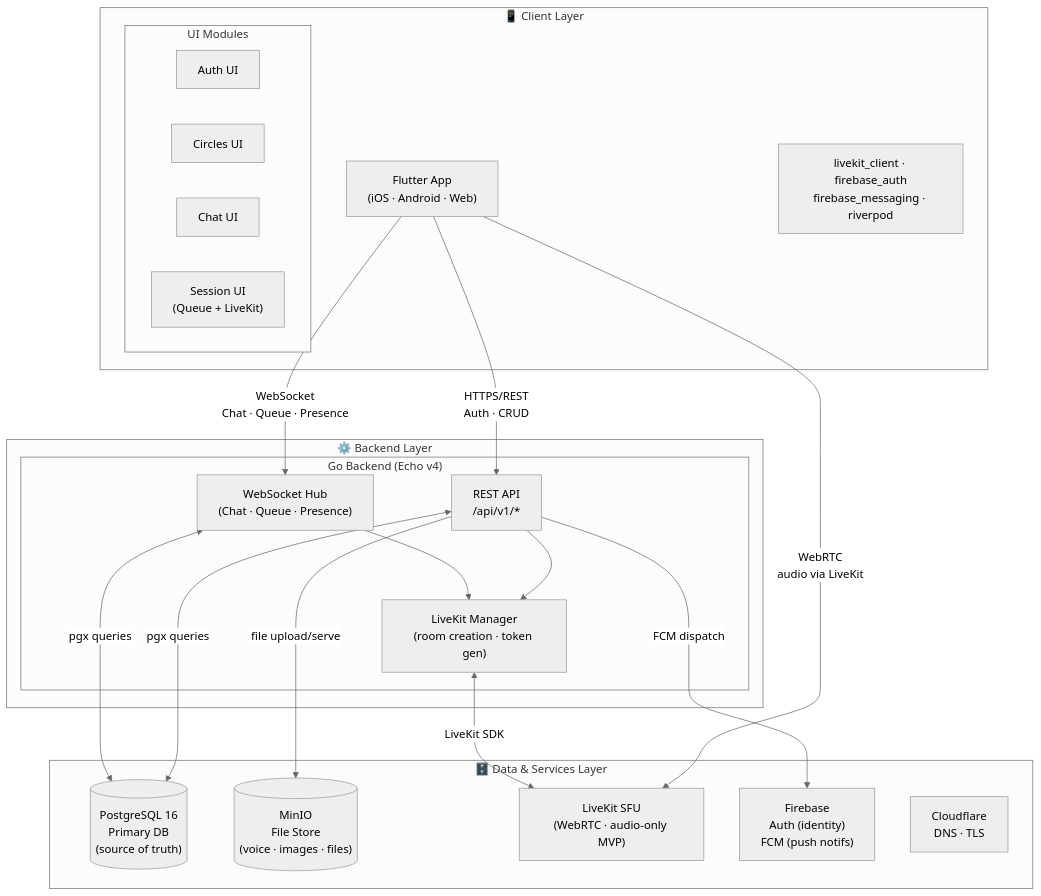
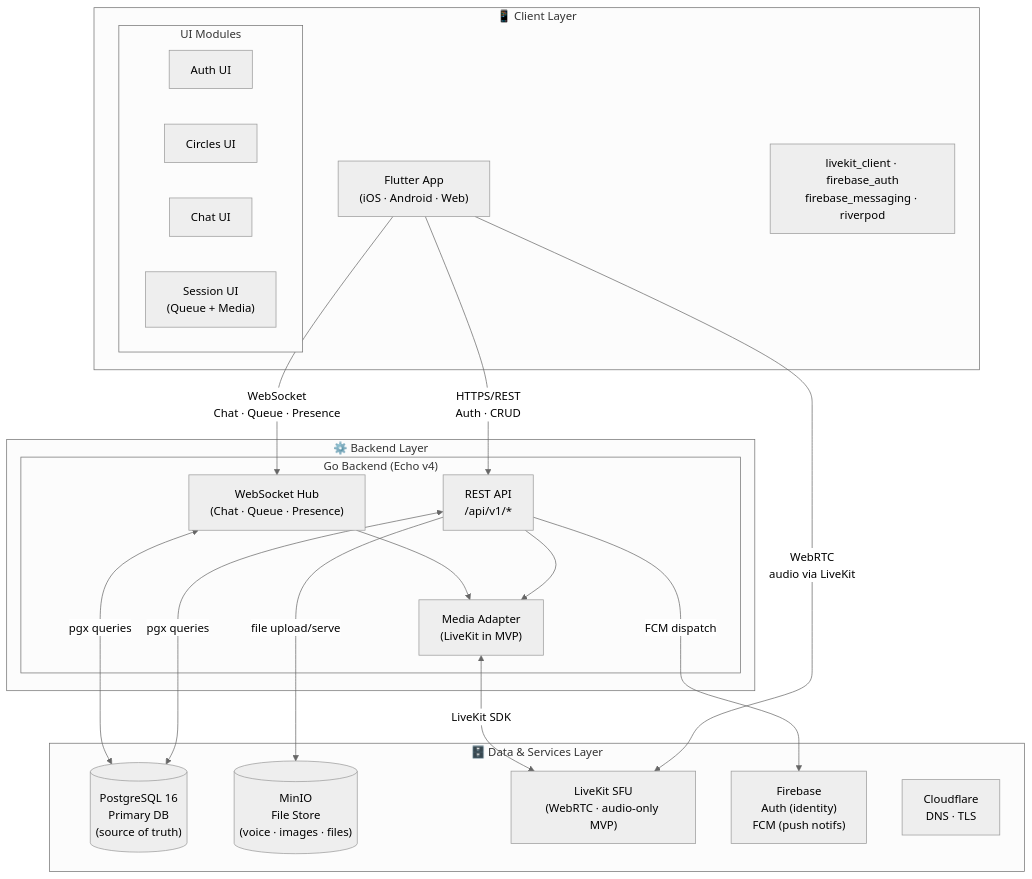
Before and after one commit to KarimMFadel/halaqaty: the first of 10 diagrams in docs/engineering/architecture/ARCHITECTURE.md, drawn with Mermaid (neutral theme). The commit also changed other lines of this file and 17 other files, not shown here.

First line of the commit message:
avoid to depend upon LiveKit tool

````diff
--- a/docs/engineering/architecture/ARCHITECTURE.md
+++ b/docs/engineering/architecture/ARCHITECTURE.md
@@ -24,41 +24,41 @@
 ```mermaid
 graph TD
     subgraph CLIENT["📱 Client Layer"]
         Flutter["Flutter App\n(iOS · Android · Web)"]
         subgraph UI["UI Modules"]
             AuthUI["Auth UI"]
             CirclesUI["Circles UI"]
             ChatUI["Chat UI"]
-            SessionUI["Session UI\n(Queue + LiveKit)"]
+            SessionUI["Session UI\n(Queue + Media)"]
         end
         Pkgs["livekit_client · firebase_auth\nfirebase_messaging · riverpod"]
     end
 
     subgraph BACKEND["⚙️ Backend Layer"]
         subgraph GoServer["Go Backend (Echo v4)"]
             REST["REST API\n/api/v1/*"]
             WSHub["WebSocket Hub\n(Chat · Queue · Presence)"]
-            LKMgr["LiveKit Manager\n(room creation · token gen)"]
+            LKMgr["Media Adapter\n(LiveKit in MVP)"]
         end
         REST --> LKMgr
         WSHub --> LKMgr
     end
 
     subgraph DATA["🗄️ Data & Services Layer"]
         PG[("PostgreSQL 16\nPrimary DB\n(source of truth)")]
         MinIO[("MinIO\nFile Store\n(voice · images · files)")]
         LK["LiveKit SFU\n(WebRTC · audio-only MVP)"]
         FB["Firebase\nAuth (identity)\nFCM (push notifs)"]
         CF["Cloudflare\nDNS · TLS"]
     end
 
     Flutter -->|"HTTPS/REST\nAuth · CRUD"| REST
     Flutter -->|"WebSocket\nChat · Queue · Presence"| WSHub
     Flutter -->|"WebRTC\naudio via LiveKit"| LK
 
     REST <-->|"pgx queries"| PG
     WSHub <-->|"pgx queries"| PG
     LKMgr <-->|"LiveKit SDK"| LK
     REST -->|"FCM dispatch"| FB
     REST -->|"file upload/serve"| MinIO
 ```
````
